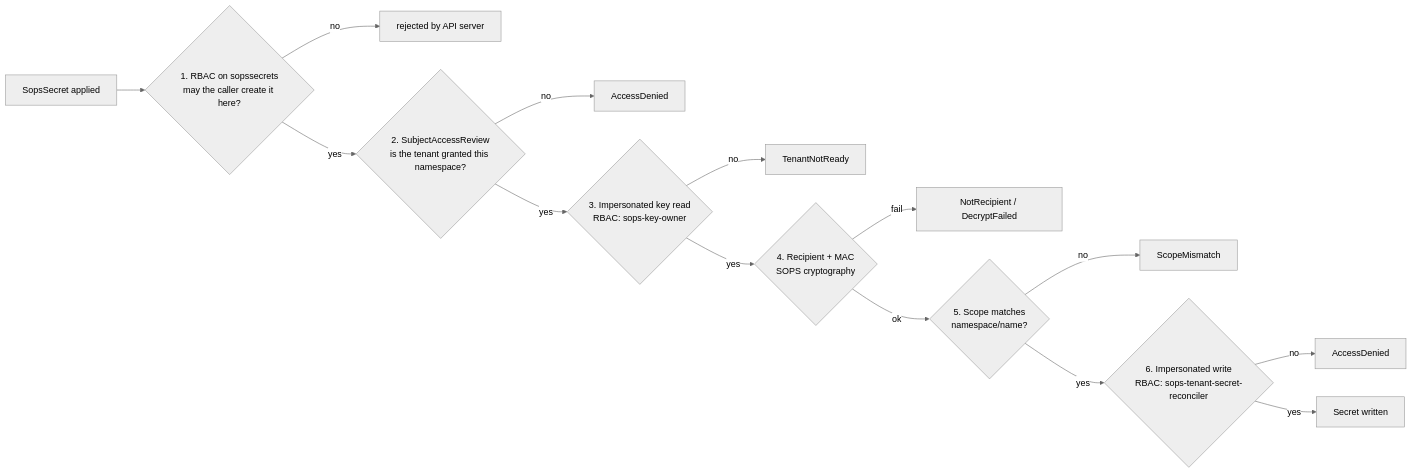
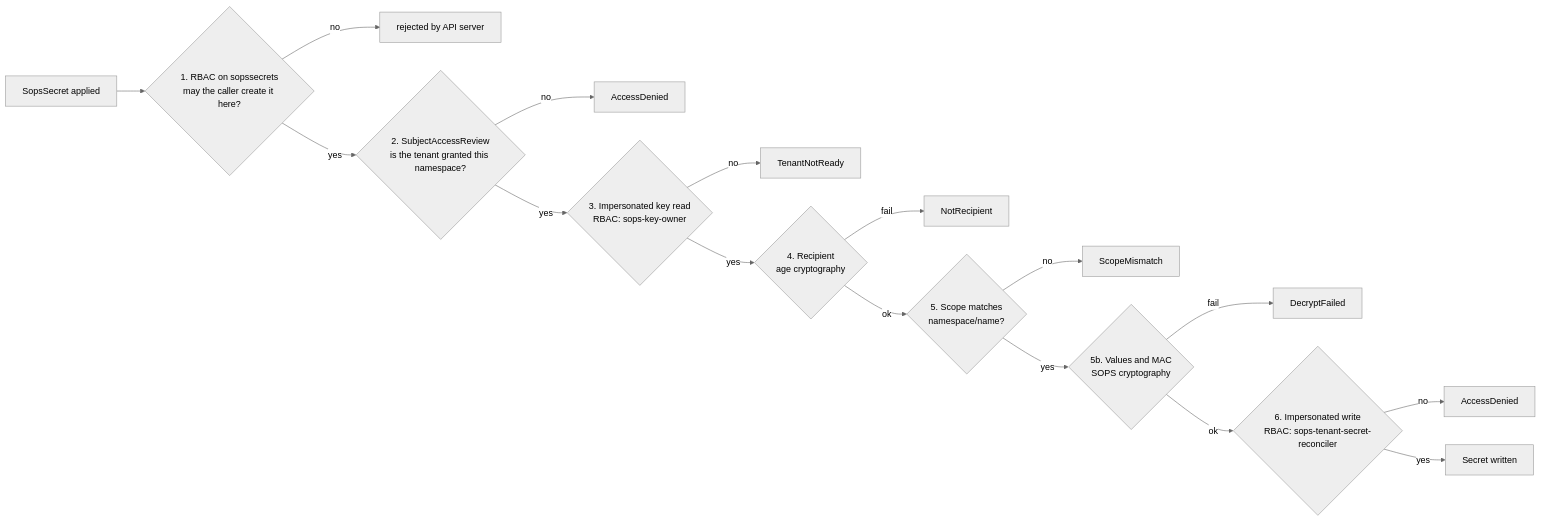
One commit to stakater/sops-operator changed the third of 3 diagrams in DESIGN.md. Above: the diagram before and after it, drawn with Mermaid (neutral theme). The commit also changed other lines of this file and 6 other files, not shown here.

````diff
--- a/DESIGN.md
+++ b/DESIGN.md
@@ -669,16 +689,18 @@
 ```mermaid
 flowchart LR
     A["SopsSecret applied"] --> B{"1. RBAC on sopssecrets<br/>may the caller create it here?"}
     B -->|no| X1["rejected by API server"]
     B -->|yes| C{"2. SubjectAccessReview<br/>is the tenant granted this namespace?"}
     C -->|no| X2["AccessDenied"]
     C -->|yes| D{"3. Impersonated key read<br/>RBAC: sops-key-owner"}
     D -->|no| X3["TenantNotReady"]
-    D -->|yes| E{"4. Recipient + MAC<br/>SOPS cryptography"}
-    E -->|fail| X4["NotRecipient / DecryptFailed"]
+    D -->|yes| E{"4. Recipient<br/>age cryptography"}
+    E -->|fail| X4["NotRecipient"]
     E -->|ok| F{"5. Scope matches<br/>namespace/name?"}
     F -->|no| X5["ScopeMismatch"]
-    F -->|yes| G{"6. Impersonated write<br/>RBAC: sops-tenant-secret-reconciler"}
+    F -->|yes| M{"5b. Values and MAC<br/>SOPS cryptography"}
+    M -->|fail| X7["DecryptFailed"]
+    M -->|ok| G{"6. Impersonated write<br/>RBAC: sops-tenant-secret-reconciler"}
     G -->|no| X6["AccessDenied"]
     G -->|yes| H["Secret written"]
 ```
````
